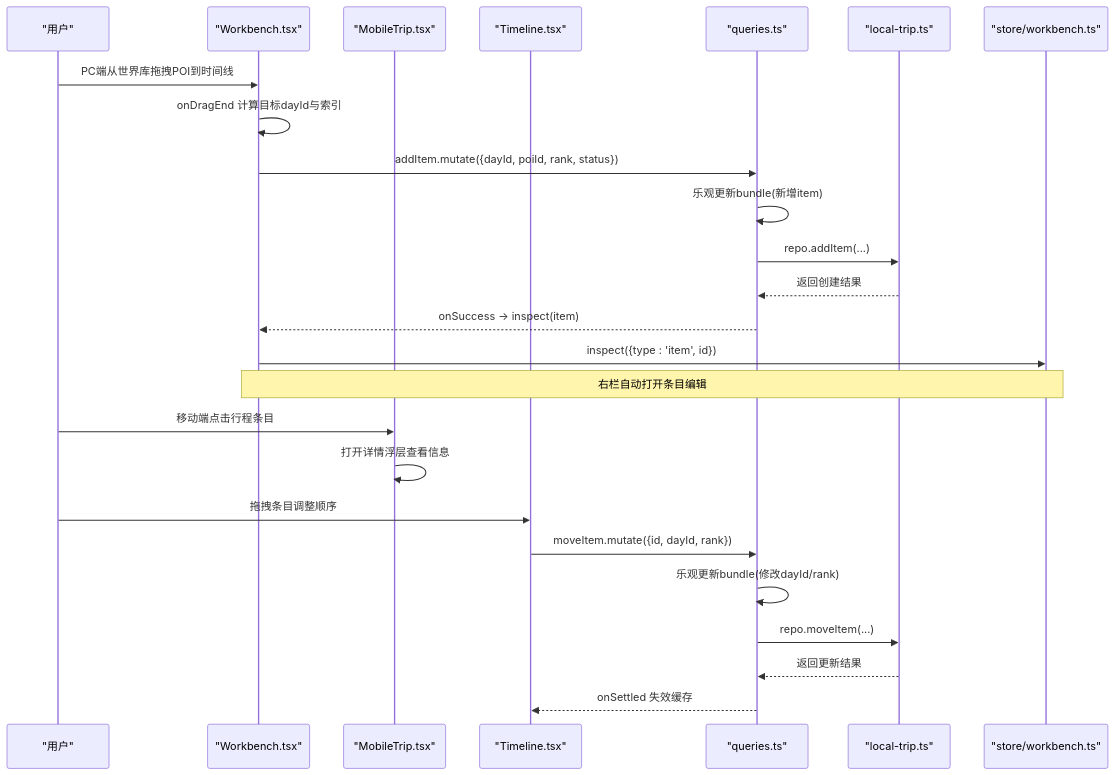
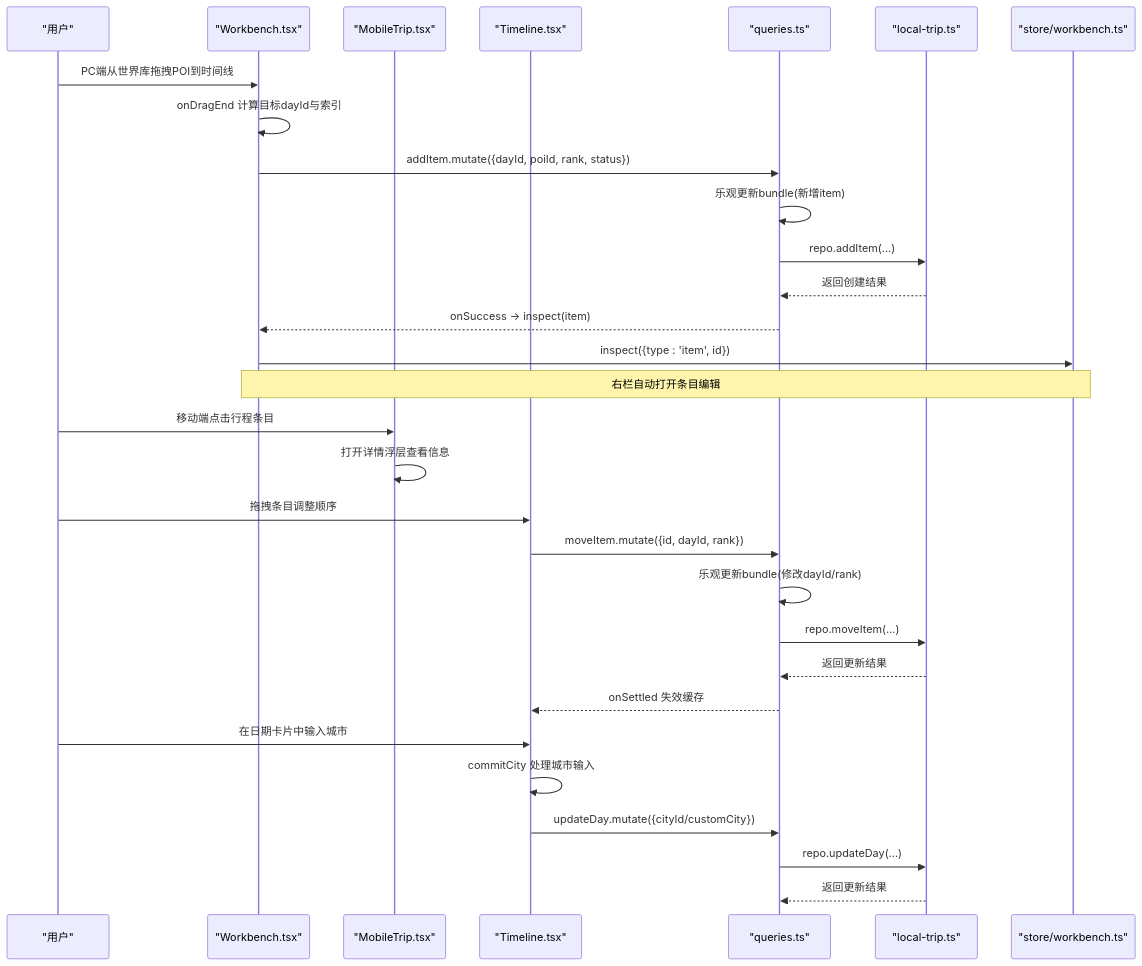
The second of 8 diagrams in .qoder/repowiki/zh/content/核心功能模块/行程管理模块/行程管理模块.md (huangyilu/wanwuyishi), drawn with Mermaid before and after one commit. The commit also changed other lines of this file and 93 other files, not shown here.

````diff
--- a/.qoder/repowiki/zh/content/核心功能模块/行程管理模块/行程管理模块.md
+++ b/.qoder/repowiki/zh/content/核心功能模块/行程管理模块/行程管理模块.md
@@ -158,27 +164,32 @@
 ```mermaid
 sequenceDiagram
 participant U as "用户"
 participant WB as "Workbench.tsx"
 participant MT as "MobileTrip.tsx"
 participant TL as "Timeline.tsx"
 participant Q as "queries.ts"
 participant R as "local-trip.ts"
 participant S as "store/workbench.ts"
 U->>WB : PC端从世界库拖拽POI到时间线
 WB->>WB : onDragEnd 计算目标dayId与索引
 WB->>Q : addItem.mutate({dayId, poiId, rank, status})
 Q->>Q : 乐观更新bundle(新增item)
 Q->>R : repo.addItem(...)
 R-->>Q : 返回创建结果
 Q-->>WB : onSuccess -> inspect(item)
 WB->>S : inspect({type : 'item', id})
 Note over WB,S : 右栏自动打开条目编辑
 U->>MT : 移动端点击行程条目
 MT->>MT : 打开详情浮层查看信息
 U->>TL : 拖拽条目调整顺序
 TL->>Q : moveItem.mutate({id, dayId, rank})
 Q->>Q : 乐观更新bundle(修改dayId/rank)
 Q->>R : repo.moveItem(...)
 R-->>Q : 返回更新结果
 Q-->>TL : onSettled 失效缓存
+U->>TL : 在日期卡片中输入城市
+TL->>TL : commitCity 处理城市输入
+TL->>Q : updateDay.mutate({cityId/customCity})
+Q->>R : repo.updateDay(...)
+R-->>Q : 返回更新结果
 ```
````
